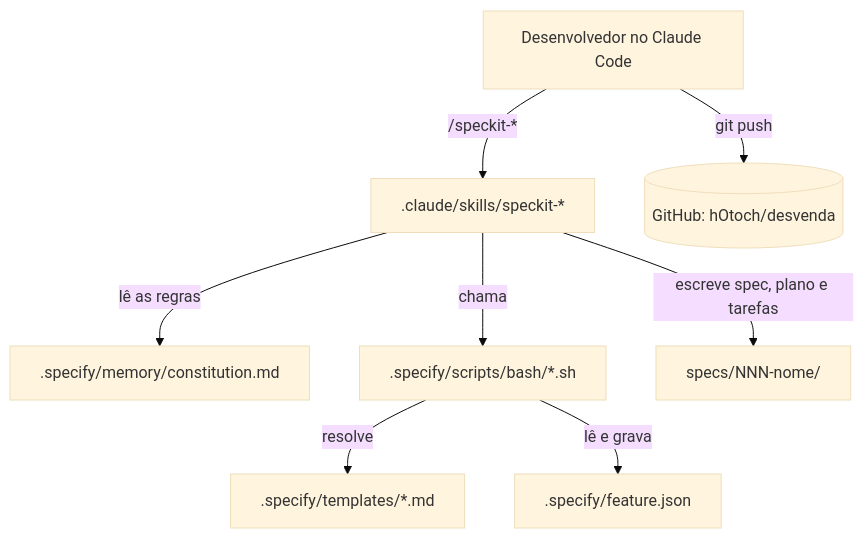
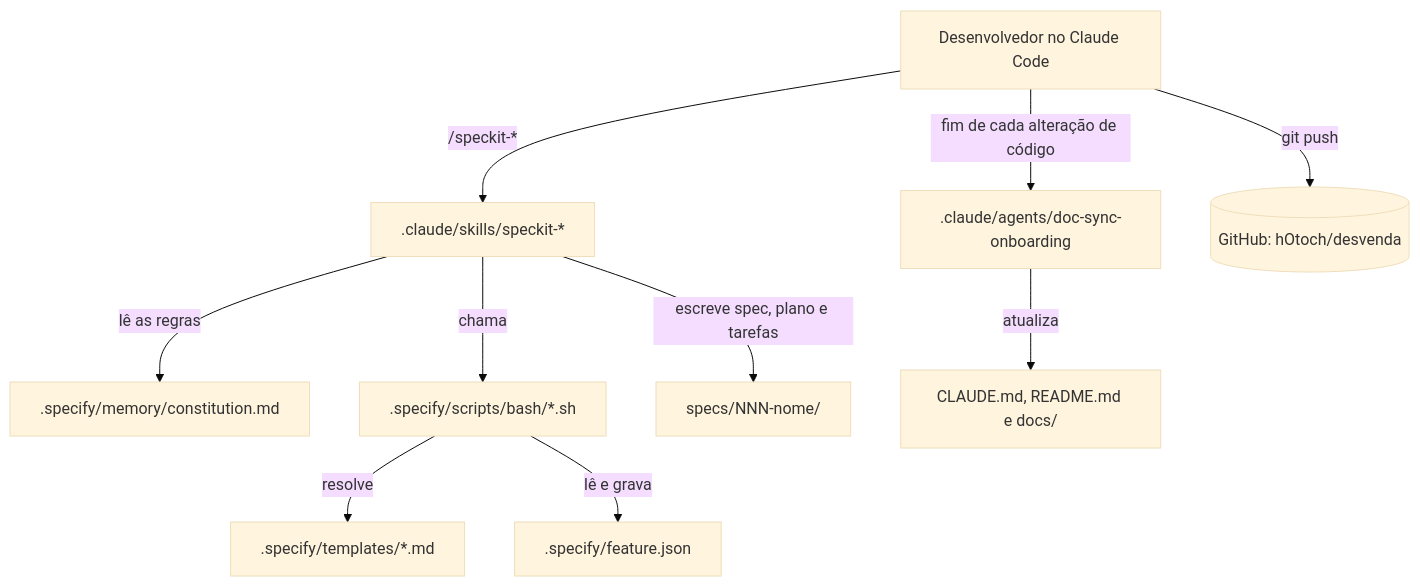
The first of 3 diagrams in docs/architecture.md (hOtoch/desvenda), drawn with Mermaid (base theme) before and after one commit. The commit also changed other lines of this file and 2 other files, not shown here.

````diff
--- a/docs/architecture.md
+++ b/docs/architecture.md
@@ -36,10 +37,12 @@
 ```mermaid
 graph TD
     Dev["Desenvolvedor no Claude Code"] -->|"/speckit-*"| Skills[".claude/skills/speckit-*"]
     Skills -->|"lê as regras"| Const[".specify/memory/constitution.md"]
     Skills -->|"chama"| Scripts[".specify/scripts/bash/*.sh"]
     Scripts -->|"resolve"| Templates[".specify/templates/*.md"]
     Scripts -->|"lê e grava"| FJ[".specify/feature.json"]
     Skills -->|"escreve spec, plano e tarefas"| Specs["specs/NNN-nome/"]
+    Dev -->|"fim de cada alteração de código"| DocSync[".claude/agents/doc-sync-onboarding"]
+    DocSync -->|"atualiza"| Docs["CLAUDE.md, README.md e docs/"]
     Dev -->|"git push"| GH[("GitHub: hOtoch/desvenda")]
 ```
````
